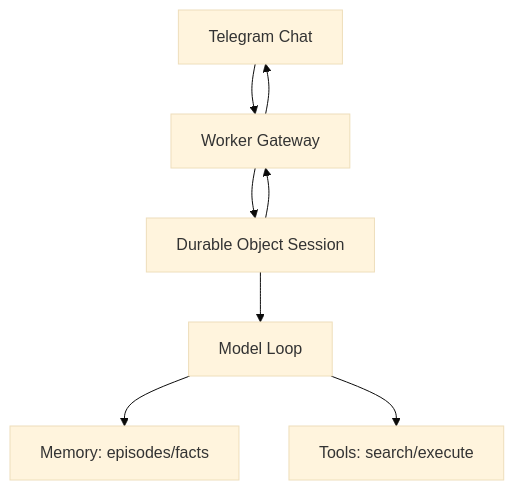
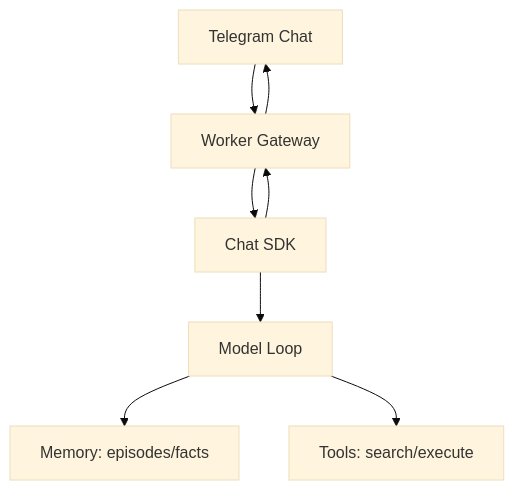
One commit to drevantonder/dreclaw changed the diagram in README.md. Above: the diagram before and after it, drawn with Mermaid (base theme). The commit also changed other lines of this file, not shown here.

Commit message:
docs: refresh architecture and command docs

````diff
--- a/README.md
+++ b/README.md
@@ -16,9 +17,9 @@
 ```mermaid
 flowchart TD
   U[Telegram Chat] --> W[Worker Gateway]
-  W --> DO[Durable Object Session]
-  DO --> M[Model Loop]
+  W --> C[Chat SDK]
+  C --> M[Model Loop]
   M --> MM[Memory: episodes/facts]
   M --> T[Tools: search/execute]
-  DO --> W --> U
+  C --> W --> U
 ```
````
